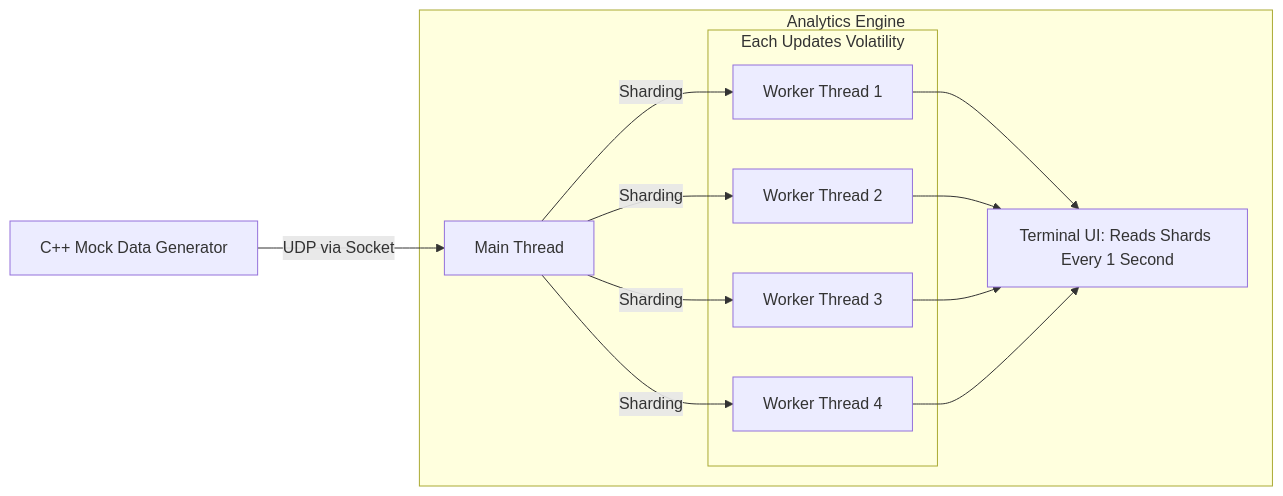
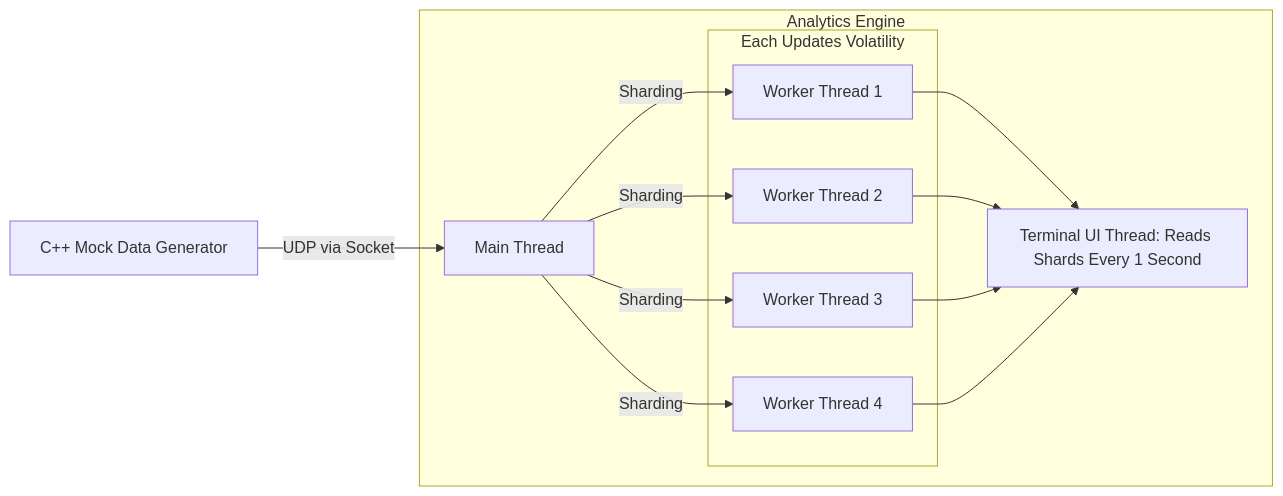
The diagram in README.md (WillSyd2023/udp-multithreading-cpp), drawn with Mermaid before and after one commit.

Commit message:
refactor: README

````diff
--- a/README.md
+++ b/README.md
@@ -8,21 +8,21 @@
 ```mermaid
 graph LR
     P[C++ Mock Data Generator] -- UDP via Socket --> I[Main Thread]
     subgraph "Analytics Engine"
         subgraph "Each Updates Volatility"
             W1[Worker Thread 1]
             W2[Worker Thread 2]
             W3[Worker Thread 3]
             W4[Worker Thread 4]
         end
         I -- Sharding --> W1
         I -- Sharding --> W2
         I -- Sharding --> W3
         I -- Sharding --> W4
-        R[Terminal UI: Reads Shards Every 1 Second]
+        R[Terminal UI Thread: Reads Shards Every 1 Second]
         W1 --> R
         W2 --> R
         W3 --> R
         W4 --> R
     end
 ```
````
